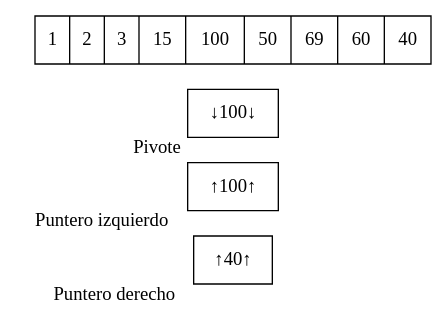
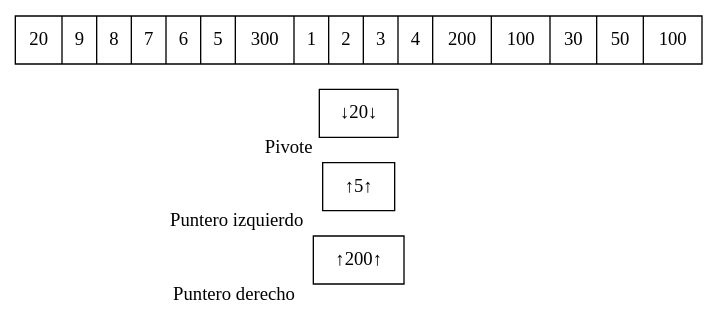
The diagram in build/classes/Imagenes/quicksort/i40.dot (oscarc99/EDD_DIC_2019_PY2_201709140-), drawn with Graphviz before and after one commit. The commit also changed 655 other files, not shown here.

```diff
--- a/build/classes/Imagenes/quicksort/i40.dot
+++ b/build/classes/Imagenes/quicksort/i40.dot
@@ -1,5 +1,5 @@
 digraph G{ node [shape = record ];
- rankdir=LR;puntDer[label="↑40↑" xlabel="Puntero derecho" pos = "12,0!"]
-puntIzq[label="↑100↑" xlabel="Puntero izquierdo" pos = "8,0!"]
-pivote[label="↓100↓" xlabel ="Pivote" pos = "10,2!"]
-X[label="{ 1|2|3|15|100|50|69|60|40}" pos = "10,1!" ]}
+ rankdir=LR;puntDer[label="↑200↑" xlabel="Puntero derecho" pos = "12,0!"]
+puntIzq[label="↑5↑" xlabel="Puntero izquierdo" pos = "8,0!"]
+pivote[label="↓20↓" xlabel ="Pivote" pos = "10,2!"]
+X[label="{ 20|9|8|7|6|5|300|1|2|3|4|200|100|30|50|100}" pos = "10,1!" ]}
```
